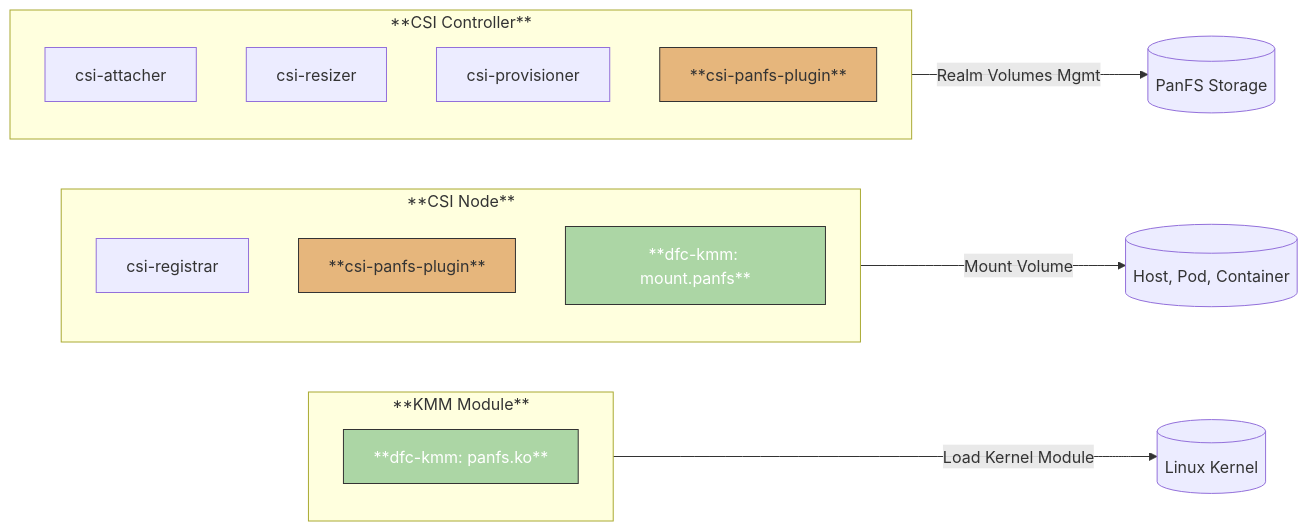
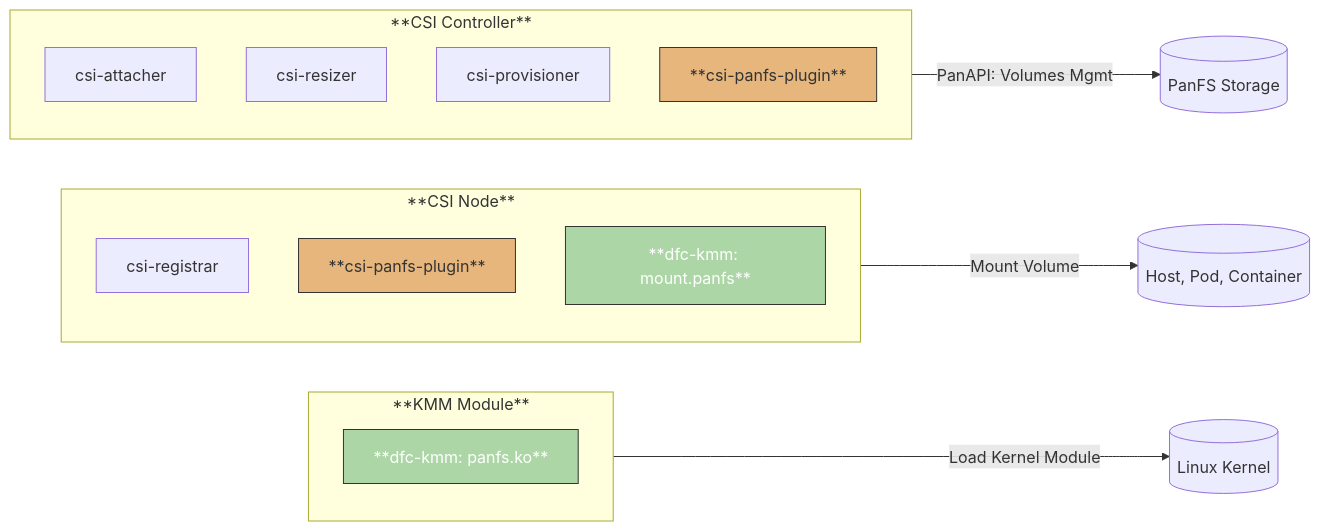
One commit to panasasinc/panfs-container-storage-interface-oss changed the diagram in docs/Overview.md. Above: the diagram before and after it, drawn with Mermaid. The commit also changed other lines of this file and 65 other files, not shown here.

First line of the commit message:
feat: replace the SSH backend with PanAPI (2.0.0) (#22)

````diff
--- a/docs/Overview.md
+++ b/docs/Overview.md
@@ -63,33 +66,33 @@
 ```mermaid
 graph LR
     subgraph KMM [**KMM Module**]
         KM[**dfc-kmm: panfs.ko**]
     end
 
     subgraph Node [**CSI Node**]
         REG[csi-registrar]
         CPPN[**csi-panfs-plugin**]
         DFC[**dfc-kmm: mount.panfs**]
     end
 
     subgraph Controller [**CSI Controller**]
         CA[csi-attacher]
         CR[csi-resizer]
         CP[csi-provisioner]
         CPPC[**csi-panfs-plugin**]
     end
 
-    Controller -->|Realm Volumes Mgmt| PanFS[(PanFS Storage)]
+    Controller -->|PanAPI: Volumes Mgmt| PanFS[(PanFS Storage)]
     Node -->|Mount Volume| Host[(Host, Pod, Container)]
     KMM -->|Load Kernel Module| OS[(Linux Kernel)]
 
     %% Custom styling for DFC element
     classDef dfcStyle fill:#acd6a5,stroke:#333,stroke-width:1px,color:#fff
     class DFC dfcStyle
     class KM dfcStyle
 
     classDef pluginStyle fill:#e6b67c,stroke:#333,stroke-width:1px
     class CPPN pluginStyle
     class CPPC pluginStyle
 
 ```
````
